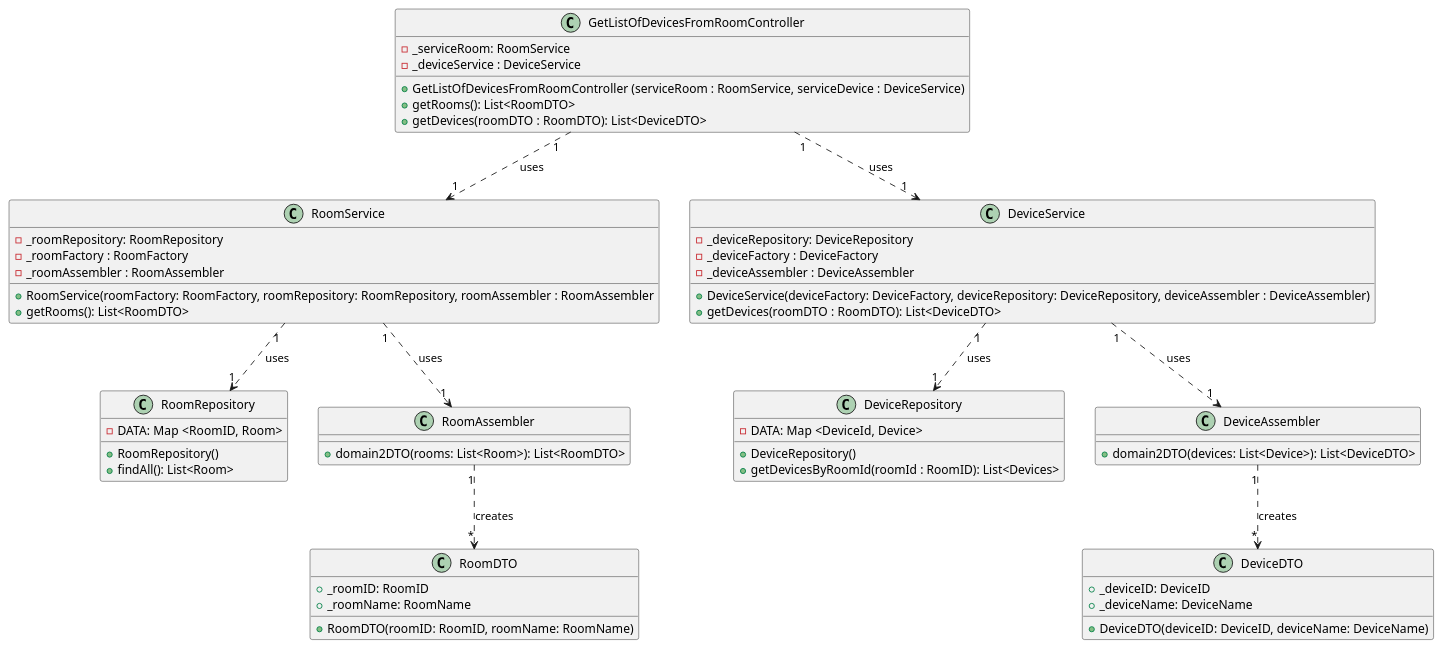
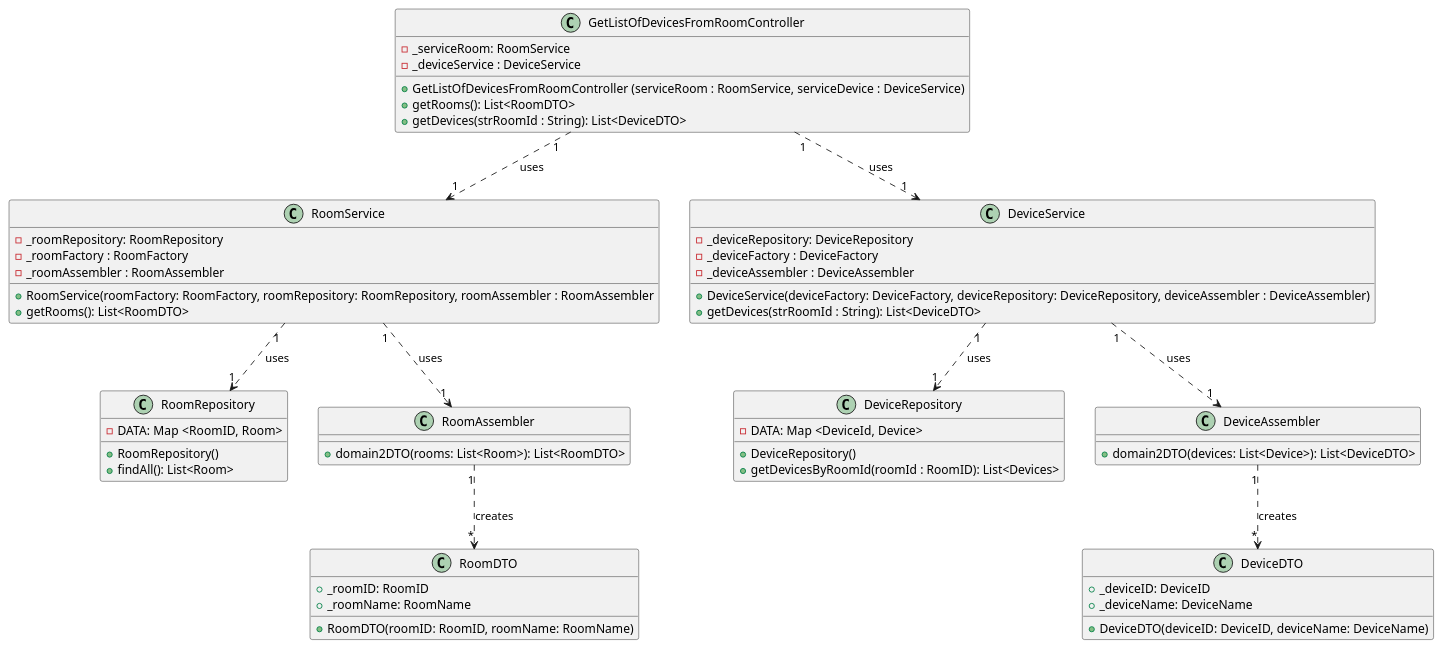
The diagram in docs/ood/classDiagram/US06GetListOfDevicesInRoom.puml (olivDiogo/SmartHome), drawn with PlantUML before and after one commit.

Commit message:
Update class diagram #75

```diff
--- a/docs/ood/classDiagram/US06GetListOfDevicesInRoom.puml
+++ b/docs/ood/classDiagram/US06GetListOfDevicesInRoom.puml
@@ -1,88 +1,88 @@
 @startuml
 'https://plantuml.com/class-diagram
 
 class GetListOfDevicesFromRoomController{
 'Attributes'
 - _serviceRoom: RoomService
 - _deviceService : DeviceService
 'Methods'
 +GetListOfDevicesFromRoomController (serviceRoom : RoomService, serviceDevice : DeviceService)
 +getRooms(): List<RoomDTO>
-+getDevices(roomDTO : RoomDTO): List<DeviceDTO>
++getDevices(strRoomId : String): List<DeviceDTO>
 }
 
 class RoomService{
 'Attributes'
 - _roomRepository: RoomRepository
 -_roomFactory : RoomFactory
 - _roomAssembler : RoomAssembler
 'Methods'
 +RoomService(roomFactory: RoomFactory, roomRepository: RoomRepository, roomAssembler : RoomAssembler
 +getRooms(): List<RoomDTO>
 }
 
 
 class RoomRepository{
 'Attributes'
 - DATA: Map <RoomID, Room>
 'Methods'
 +RoomRepository()
 +findAll(): List<Room>
 }
 
 class RoomAssembler{
 'Methods'
 +domain2DTO(rooms: List<Room>): List<RoomDTO>
 }
 
 class RoomDTO{
 'Attributes'
 +_roomID: RoomID
 +_roomName: RoomName
 'Methods'
 +RoomDTO(roomID: RoomID, roomName: RoomName)
 }
 
 class DeviceService{
 'Attributes'
 - _deviceRepository: DeviceRepository
 - _deviceFactory : DeviceFactory
 - _deviceAssembler : DeviceAssembler
 'Methods'
 +DeviceService(deviceFactory: DeviceFactory, deviceRepository: DeviceRepository, deviceAssembler : DeviceAssembler)
-+getDevices(roomDTO : RoomDTO): List<DeviceDTO>
++getDevices(strRoomId : String): List<DeviceDTO>
 }
 
 class DeviceRepository{
 'Attributes'
 - DATA: Map <DeviceId, Device>
 'Methods'
 +DeviceRepository()
 +getDevicesByRoomId(roomId : RoomID): List<Devices>
 }
 
 class DeviceAssembler {
 'Methods'
 +domain2DTO(devices: List<Device>): List<DeviceDTO>
 }
 
 class DeviceDTO{
 'Attributes'
 +_deviceID: DeviceID
 +_deviceName: DeviceName
 'Methods'
 +DeviceDTO(deviceID: DeviceID, deviceName: DeviceName)
 }
 
 
 
 GetListOfDevicesFromRoomController "1" ..> "1" RoomService: uses
 RoomService "1" ..> "1" RoomRepository: uses
 RoomService "1" ..> "1" RoomAssembler: uses
 RoomAssembler "1" ..> "*" RoomDTO: creates
 
 GetListOfDevicesFromRoomController "1" ..> "1" DeviceService: uses
 DeviceService "1" ..> "1" DeviceRepository: uses
 DeviceService "1" ..> "1" DeviceAssembler: uses
 DeviceAssembler "1" ..> "*" DeviceDTO: creates
 @enduml
```
